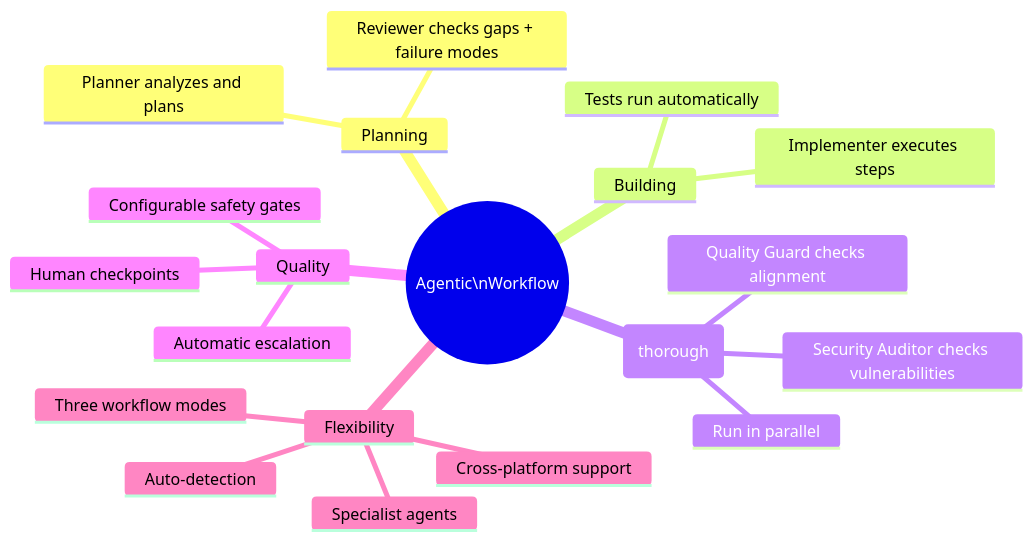
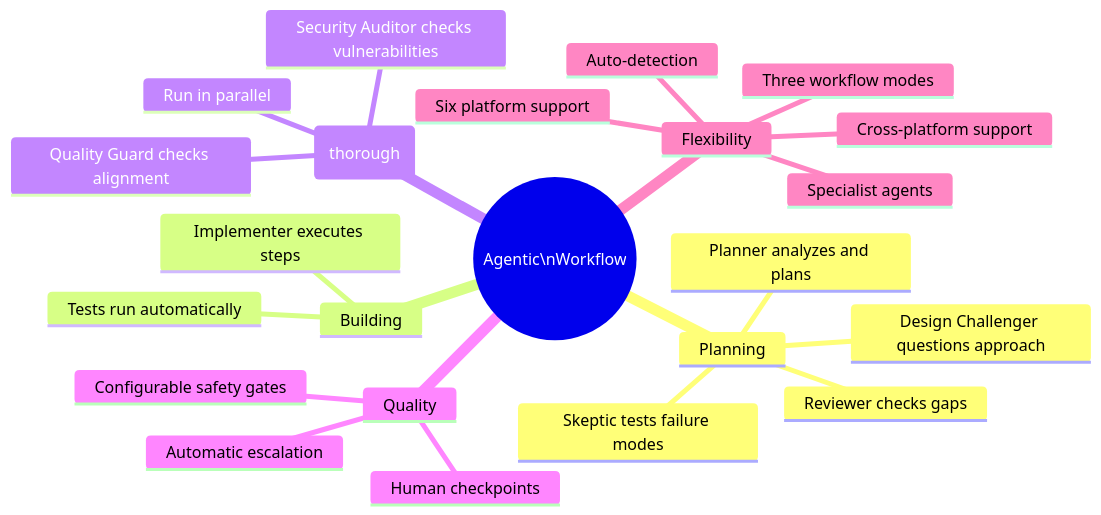
Before and after one commit to ciprianvradu/agentic-workflow: diagram 11 of 11 in docs/overview.md, drawn with Mermaid. The commit also changed other lines of this file and 2 other files, not shown here.

Commit message:
feat: update documentation and version for Droid (Factory.ai) support, enhance agent workflow details

````diff
--- a/docs/overview.md
+++ b/docs/overview.md
@@ -574,23 +589,26 @@
 ```mermaid
 mindmap
   root((Agentic\nWorkflow))
     Planning
       Planner analyzes and plans
-      Reviewer checks gaps + failure modes
+      Design Challenger questions approach
+      Reviewer checks gaps
+      Skeptic tests failure modes
     Building
       Implementer executes steps
       Tests run automatically
     Quality (thorough)
       Quality Guard checks alignment
       Security Auditor checks vulnerabilities
       Run in parallel
     Quality
       Human checkpoints
       Configurable safety gates
       Automatic escalation
     Flexibility
       Three workflow modes
+      Six platform support
       Auto-detection
       Specialist agents
       Cross-platform support
 ```
````
